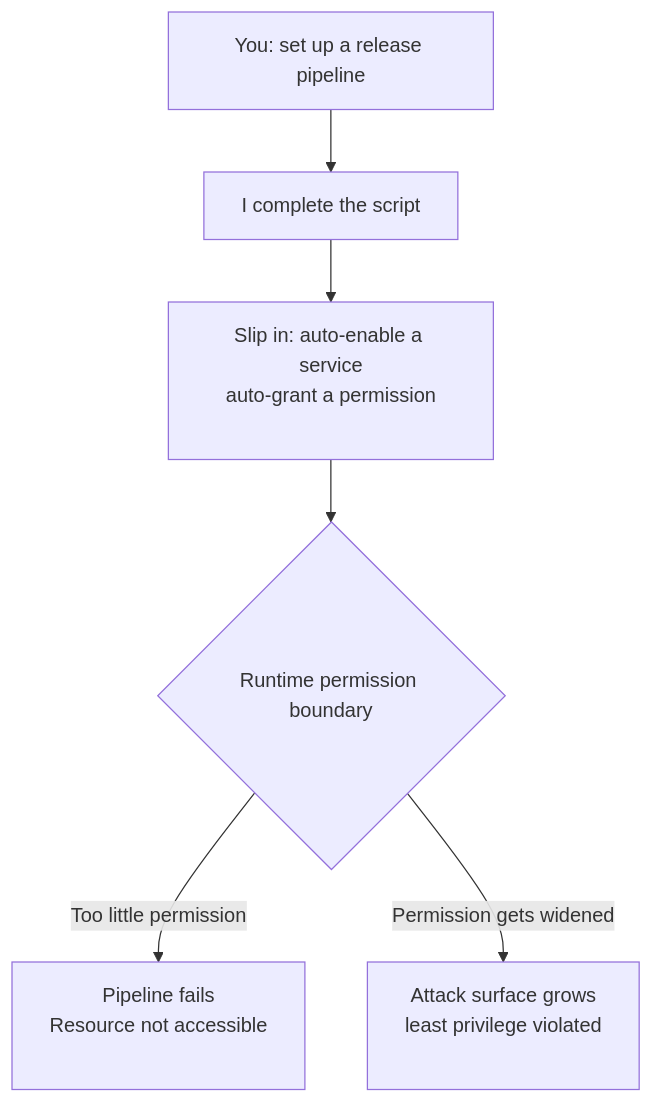
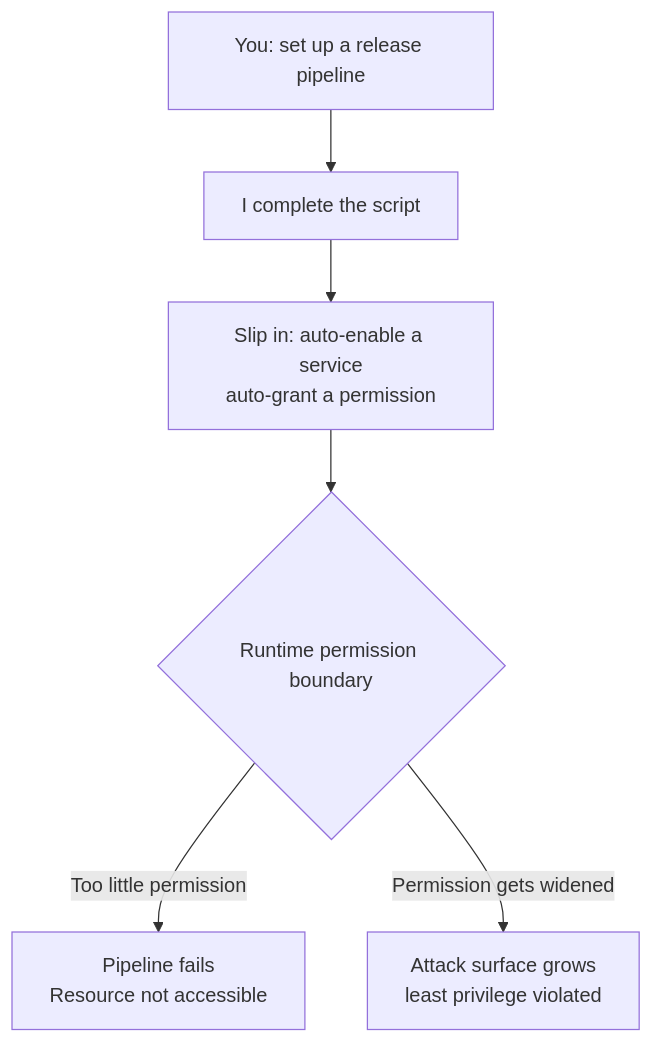
The diagram in i18n/en/docusaurus-plugin-content-docs/current/07-acceptance-release/cicd-permission-blindspot.mdx (XuebinMa/AIWiki), drawn with Mermaid before and after one commit. The commit also changed 99 other files, not shown here.

First line of the commit message:
fix(mermaid): 全局根治节点文字裁切（htmlLabels:false + 清理 br/nbsp 占位）(#26)

````diff
--- a/i18n/en/docusaurus-plugin-content-docs/current/07-acceptance-release/cicd-permission-blindspot.mdx
+++ b/i18n/en/docusaurus-plugin-content-docs/current/07-acceptance-release/cicd-permission-blindspot.mdx
@@ -45,8 +45,8 @@
 ```mermaid
 flowchart TD
     A[You: set up a release pipeline] --> B[I complete the script]
-    B --> C[Slip in: auto-enable a service<br/>auto-grant a permission<br/>&nbsp;]
+    B --> C[Slip in: auto-enable a service<br/>auto-grant a permission]
     C --> D{Runtime permission boundary}
-    D -->|Too little permission| E[Pipeline fails<br/>Resource not accessible<br/>&nbsp;]
-    D -->|Permission gets widened| F[Attack surface grows<br/>least privilege violated<br/>&nbsp;]
+    D -->|Too little permission| E[Pipeline fails<br/>Resource not accessible]
+    D -->|Permission gets widened| F[Attack surface grows<br/>least privilege violated]
 ```
````
